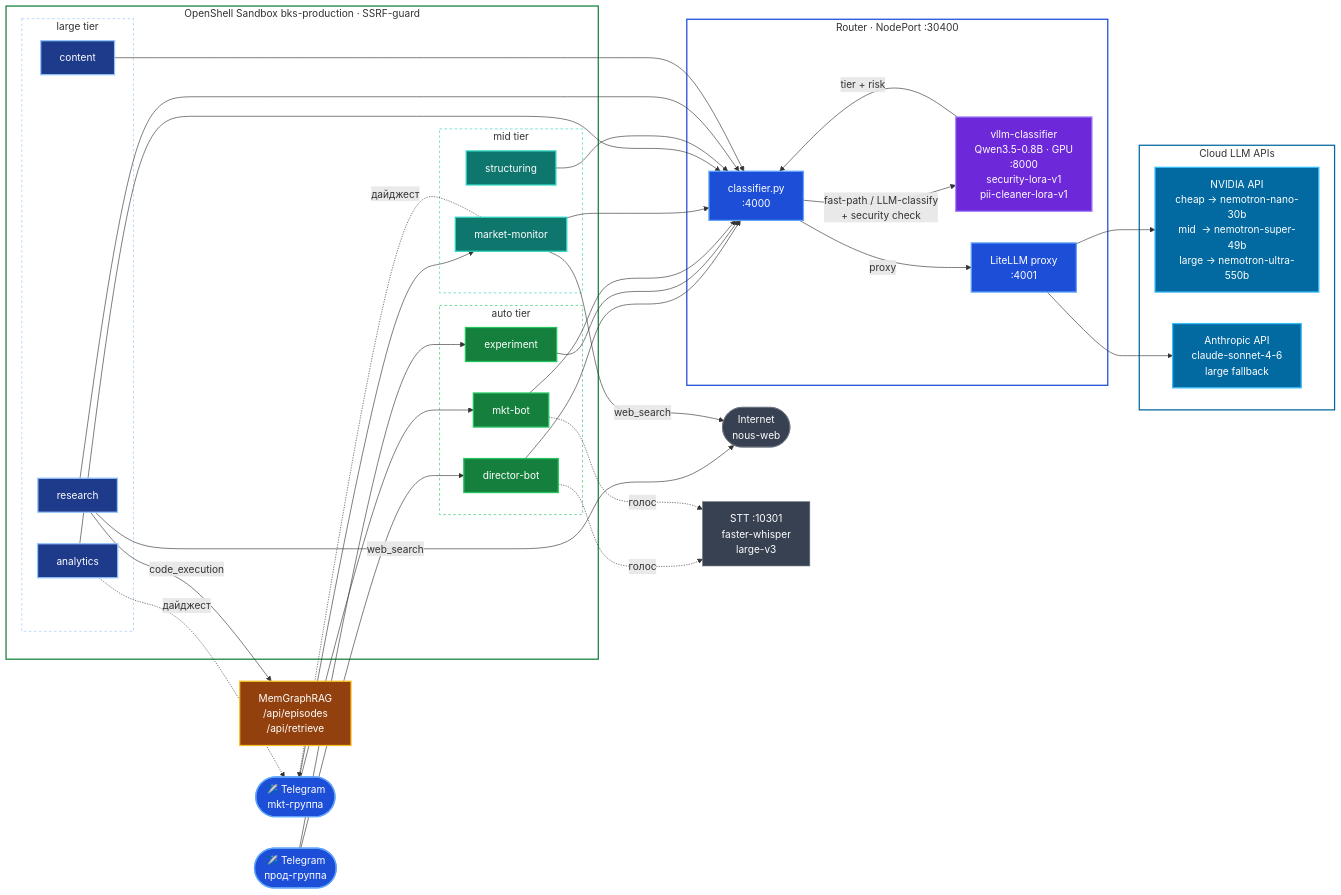
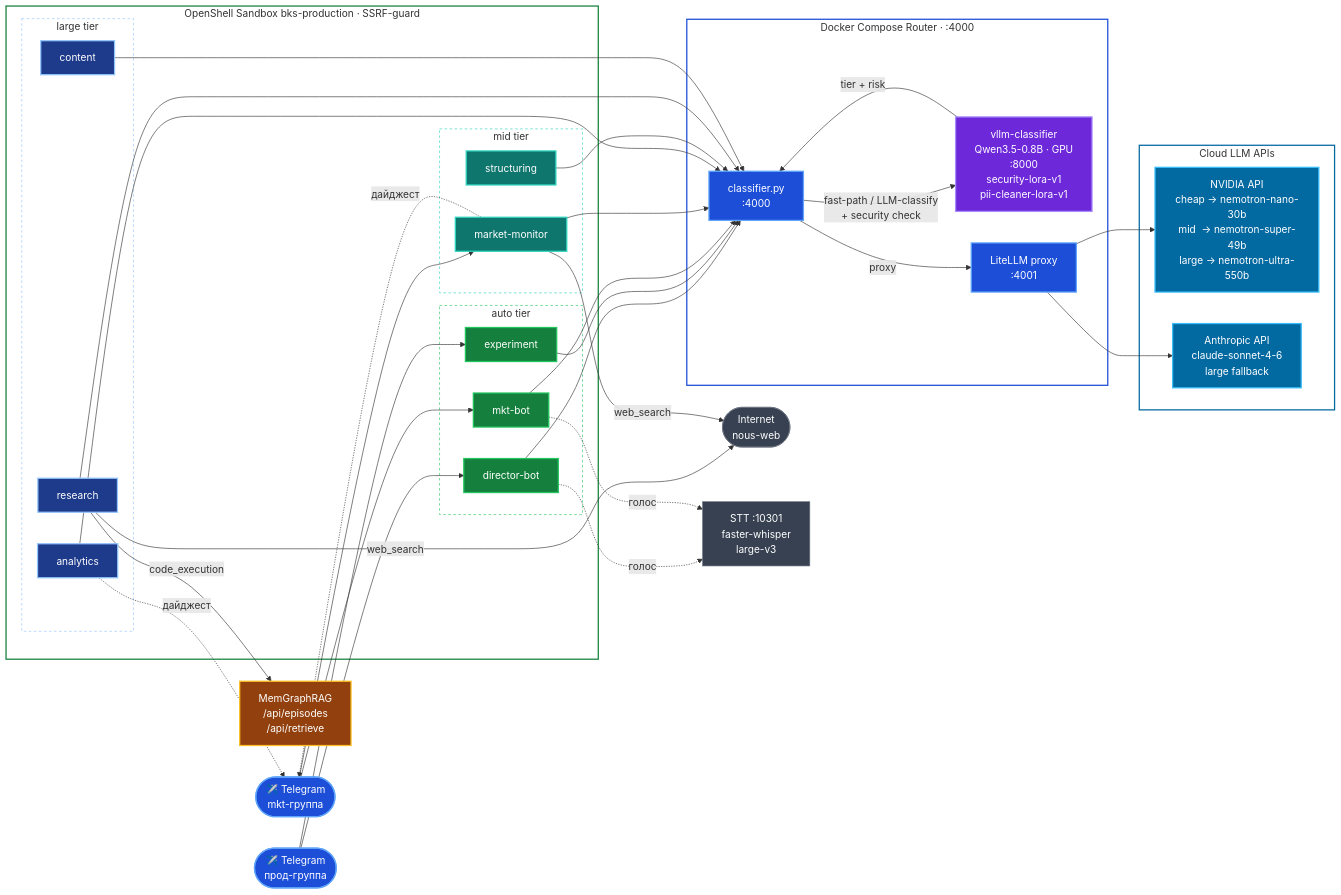
Before and after one commit to rndkrkn-boop/bks-infra-docs: the third of 6 diagrams in ARCHITECTURE_MERMAID.md, drawn with Mermaid. The commit also changed other lines of this file and 2 other files, not shown here.

First line of the commit message:
docs: update architecture for K8s router removal (2026-07-02)

````diff
--- a/ARCHITECTURE_MERMAID.md
+++ b/ARCHITECTURE_MERMAID.md
@@ -177,68 +181,68 @@
 ```mermaid
 flowchart LR
     classDef tg      fill:#1d4ed8,stroke:#60a5fa,color:#fff,stroke-width:2px
     classDef auto    fill:#15803d,stroke:#22c55e,color:#fff,stroke-width:2px
     classDef mid     fill:#0f766e,stroke:#2dd4bf,color:#fff,stroke-width:2px
     classDef large   fill:#1e3a8a,stroke:#93c5fd,color:#fff,stroke-width:2px
     classDef router  fill:#1d4ed8,stroke:#60a5fa,color:#fff,stroke-width:2px
     classDef vllm    fill:#6d28d9,stroke:#a78bfa,color:#fff,stroke-width:2px
     classDef cloud   fill:#0369a1,stroke:#38bdf8,color:#fff,stroke-width:2px
     classDef memory  fill:#92400e,stroke:#fbbf24,color:#fff,stroke-width:2px
     classDef ext     fill:#374151,stroke:#6b7280,color:#fff,stroke-width:1px
 
     TGP(["✈️ Telegram\nпрод-группа"]):::tg
     TGM(["✈️ Telegram\nmkt-группа"]):::tg
 
     subgraph SAND["OpenShell Sandbox  bks-production  ·  SSRF-guard"]
         subgraph GA["auto tier"]
             DB["director-bot"]:::auto
             EXP["experiment"]:::auto
             MKT["mkt-bot"]:::auto
         end
         subgraph GM["mid tier"]
             MM["market-monitor"]:::mid
             ST["structuring"]:::mid
         end
         subgraph GL["large tier"]
             AN["analytics"]:::large
             RS["research"]:::large
             CN["content"]:::large
         end
     end
 
     TGP --> DB & EXP
     TGM --> MKT & MM
     AN & MM -.->|дайджест| TGM
 
-    subgraph ROUTER["Router  ·  NodePort :30400"]
+    subgraph ROUTER["Docker Compose Router · :4000"]
         CLS["classifier.py\n:4000"]:::router
-        VLLM["vllm-classifier\nQwen3.5-0.8B · GPU\n:8000\nsecurity-lora-v1\npii-cleaner-lora-v1"]:::vllm
+        VLLM_K["vllm-classifier\nQwen3.5-0.8B · GPU\n:8000\nsecurity-lora-v1\npii-cleaner-lora-v1"]:::vllm
         LL["LiteLLM proxy\n:4001"]:::router
-        CLS -->|"fast-path / LLM-classify\n+ security check"| VLLM
-        VLLM -->|"tier + risk"| CLS
+        CLS -->|"fast-path / LLM-classify\n+ security check"| VLLM_K
+        VLLM_K -->|"tier + risk"| CLS
         CLS -->|proxy| LL
     end
 
     DB & EXP & MKT & MM & AN & ST & RS & CN --> CLS
 
     subgraph CLOUD["Cloud LLM APIs"]
         NV["NVIDIA API\ncheap → nemotron-nano-30b\nmid  → nemotron-super-49b\nlarge → nemotron-ultra-550b"]:::cloud
         AC["Anthropic API\nclaude-sonnet-4-6\nlarge fallback"]:::cloud
     end
     LL --> NV & AC
 
     MGR["MemGraphRAG\n/api/episodes\n/api/retrieve"]:::memory
     WEB(["Internet\nnous-web"]):::ext
     STT["STT :10301\nfaster-whisper\nlarge-v3"]:::ext
 
     RS -->|code_execution| MGR
     RS & MM -->|web_search| WEB
     DB & MKT -.->|голос| STT
 
     style SAND   fill:none,stroke:#15803d,stroke-width:2px
     style GA     fill:none,stroke:#22c55e,stroke-width:1px,stroke-dasharray:4
     style GM     fill:none,stroke:#2dd4bf,stroke-width:1px,stroke-dasharray:4
     style GL     fill:none,stroke:#93c5fd,stroke-width:1px,stroke-dasharray:4
     style ROUTER fill:none,stroke:#1d4ed8,stroke-width:2px
     style CLOUD  fill:none,stroke:#0369a1,stroke-width:2px
 ```
````
